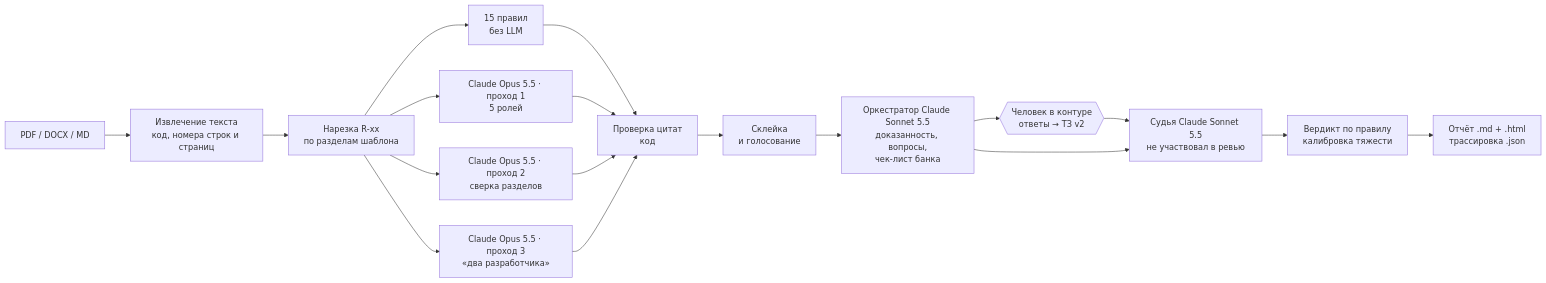
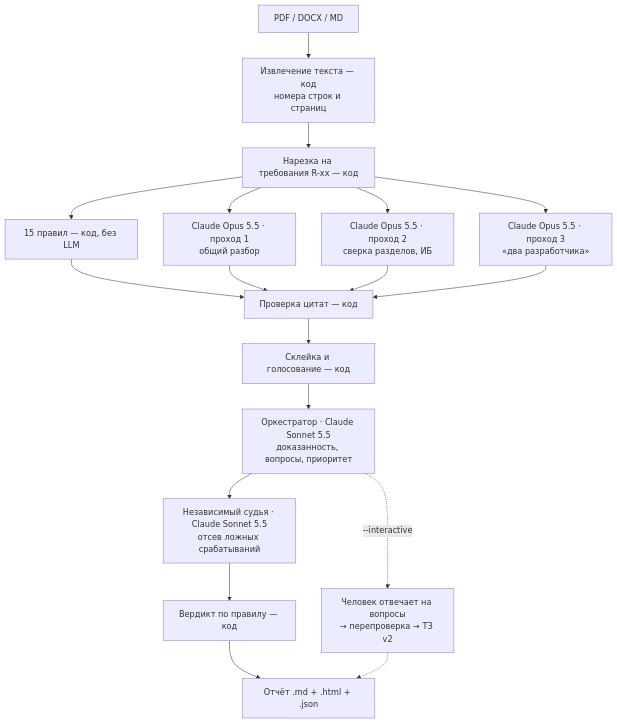
One commit to Aldibek/AI_agent_hack changed the diagram in README.md. Above: the diagram before and after it, drawn with Mermaid. The commit also changed other lines of this file and 15 other files, not shown here.

````diff
--- a/README.md
+++ b/README.md
@@ -22,20 +11,20 @@
 ```mermaid
-flowchart LR
-    IN[PDF / DOCX / MD] --> ING[Извлечение текста<br/>код, номера строк и страниц]
-    ING --> SEG[Нарезка R-xx<br/>по разделам шаблона]
-    SEG --> RUL[15 правил<br/>без LLM]
-    SEG --> R1[Claude Opus 5.5 · проход 1<br/>5 ролей]
-    SEG --> R2[Claude Opus 5.5 · проход 2<br/>сверка разделов]
-    SEG --> R4[Claude Opus 5.5 · проход 3<br/>«два разработчика»]
-    RUL --> GR[Проверка цитат<br/>код]
+flowchart TD
+    IN[PDF / DOCX / MD] --> ING[Извлечение текста — код<br/>номера строк и страниц]
+    ING --> SEG[Нарезка на требования R-xx — код]
+    SEG --> RUL[15 правил — код, без LLM]
+    SEG --> R1[Claude Opus 5.5 · проход 1<br/>общий разбор]
+    SEG --> R2[Claude Opus 5.5 · проход 2<br/>сверка разделов, ИБ]
+    SEG --> R3[Claude Opus 5.5 · проход 3<br/>«два разработчика»]
+    RUL --> GR[Проверка цитат — код]
     R1 --> GR
     R2 --> GR
-    R4 --> GR
-    GR --> MRG[Склейка<br/>и голосование]
-    MRG --> ORC[Оркестратор Claude Sonnet 5.5<br/>доказанность, вопросы,<br/>чек-лист банка]
-    ORC --> HUM{{Человек в контуре<br/>ответы → ТЗ v2}}
-    HUM --> JDG[Судья Claude Sonnet 5.5<br/>не участвовал в ревью]
-    ORC --> JDG
-    JDG --> VER[Вердикт по правилу<br/>калибровка тяжести]
-    VER --> OUT[Отчёт .md + .html<br/>трассировка .json]
+    R3 --> GR
+    GR --> MRG[Склейка и голосование — код]
+    MRG --> ORC[Оркестратор · Claude Sonnet 5.5<br/>доказанность, вопросы, приоритет]
+    ORC --> JDG[Независимый судья · Claude Sonnet 5.5<br/>отсев ложных срабатываний]
+    JDG --> VER[Вердикт по правилу — код]
+    VER --> OUT[Отчёт .md + .html + .json]
+    ORC -. --interactive .-> HUM[Человек отвечает на вопросы<br/>→ перепроверка → ТЗ v2]
+    HUM -.-> OUT
 ```
````
